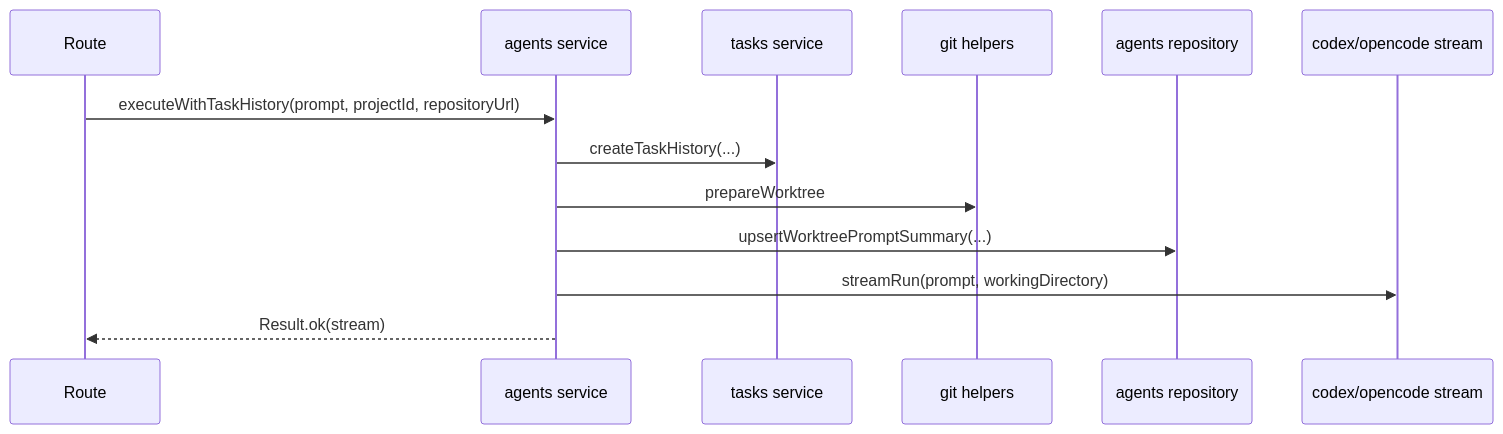
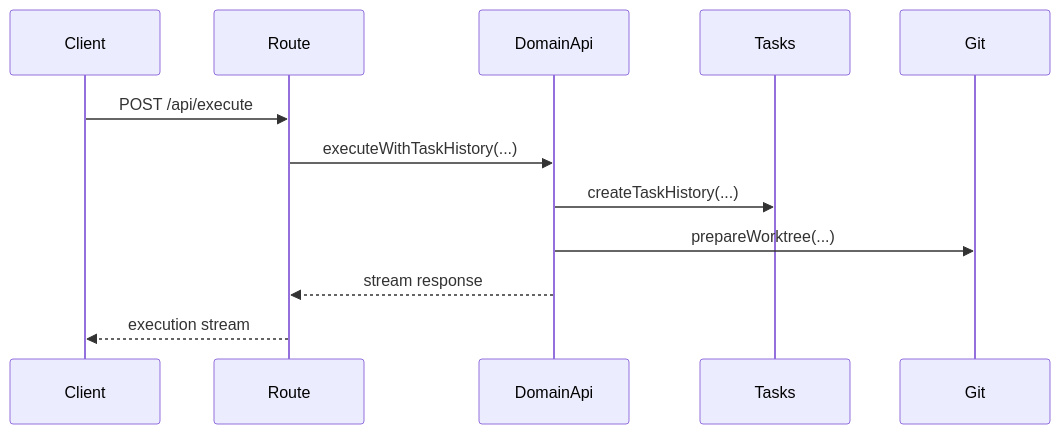
Before and after one commit to TurtleStoffel/tektite-console: the first of 5 diagrams in src/backend/domains/agents/README.md, drawn with Mermaid. The commit also changed other lines of this file and 30 other files, not shown here.

Commit message:
split domainApi from service

````diff
--- a/src/backend/domains/agents/README.md
+++ b/src/backend/domains/agents/README.md
@@ -17,15 +12,14 @@
 ```mermaid
 sequenceDiagram
+    participant Client
     participant Route
-    participant Service as agents service
-    participant Tasks as tasks service
-    participant Git as git helpers
-    participant Repo as agents repository
-    participant Runner as codex/opencode stream
-    Route->>Service: executeWithTaskHistory(prompt, projectId, repositoryUrl)
-    Service->>Tasks: createTaskHistory(...)
-    Service->>Git: prepareWorktree
-    Service->>Repo: upsertWorktreePromptSummary(...)
-    Service->>Runner: streamRun(prompt, workingDirectory)
-    Service-->>Route: Result.ok(stream)
+    participant DomainApi
+    participant Tasks
+    participant Git
+    Client->>Route: POST /api/execute
+    Route->>DomainApi: executeWithTaskHistory(...)
+    DomainApi->>Tasks: createTaskHistory(...)
+    DomainApi->>Git: prepareWorktree(...)
+    DomainApi-->>Route: stream response
+    Route-->>Client: execution stream
 ```
````
